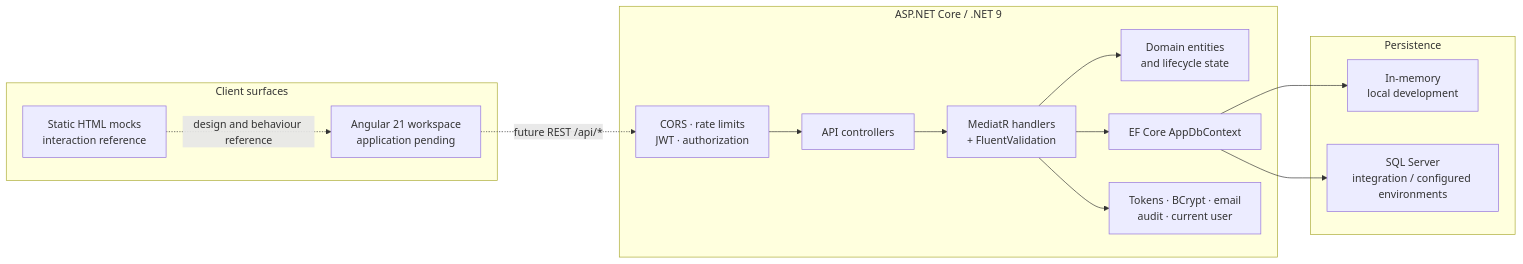
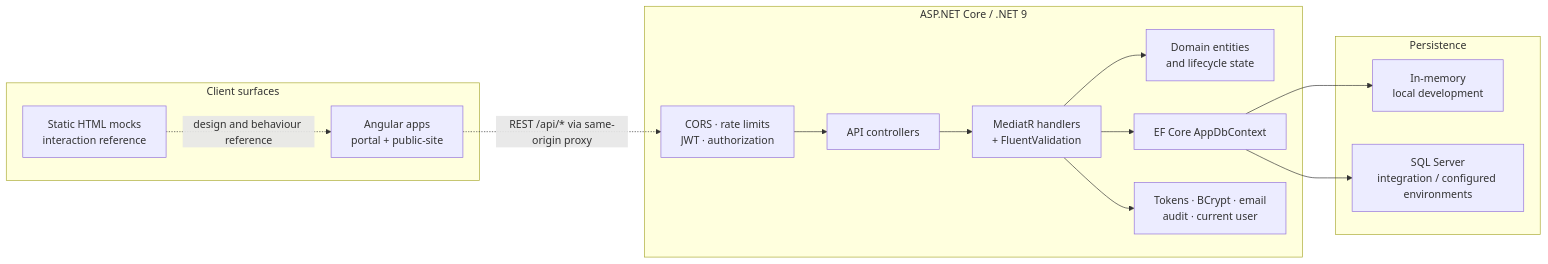
The diagram in docs/ARCHITECTURE.md (QuinntyneBrown/waypoint), drawn with Mermaid before and after one commit. The commit also changed other lines of this file and 2 other files, not shown here.

Commit message:
docs: record the frontend implementation (CHANGELOG, ARCHITECTURE, DECISIONS)
Update CHANGELOG with the Tier A frontend + e2e harness; refresh the
ARCHITECTURE frontend section and system diagram to reflect the portal +
public-site apps calling the API through a same-origin proxy; add DECISIONS #9
(two-app frontend, source-aliased libraries, same-origin proxy, in-memory
access token) and mark #7 superseded.

Claude-Session: https://claude.ai/code/session_017qcirRSiKuqjwWE5YZBQ4G

````diff
--- a/docs/ARCHITECTURE.md
+++ b/docs/ARCHITECTURE.md
@@ -7,29 +7,29 @@
 ```mermaid
 flowchart LR
   subgraph Clients["Client surfaces"]
     Mocks["Static HTML mocks\ninteraction reference"]
-    Angular["Angular 21 workspace\napplication pending"]
+    Angular["Angular apps\nportal + public-site"]
   end
 
   subgraph Server["ASP.NET Core / .NET 9"]
     Pipeline["CORS · rate limits\nJWT · authorization"]
     Controllers["API controllers"]
     Handlers["MediatR handlers\n+ FluentValidation"]
     Domain["Domain entities\nand lifecycle state"]
     Data["EF Core AppDbContext"]
     Services["Tokens · BCrypt · email\naudit · current user"]
   end
 
   subgraph Storage["Persistence"]
     Memory["In-memory\nlocal development"]
     Sql["SQL Server\nintegration / configured environments"]
   end
 
-  Angular -. "future REST /api/*" .-> Pipeline
+  Angular -. "REST /api/* via same-origin proxy" .-> Pipeline
   Mocks -. "design and behaviour reference" .-> Angular
   Pipeline --> Controllers --> Handlers --> Domain
   Handlers --> Data
   Handlers --> Services
   Data --> Memory
   Data --> Sql
 ```
````
